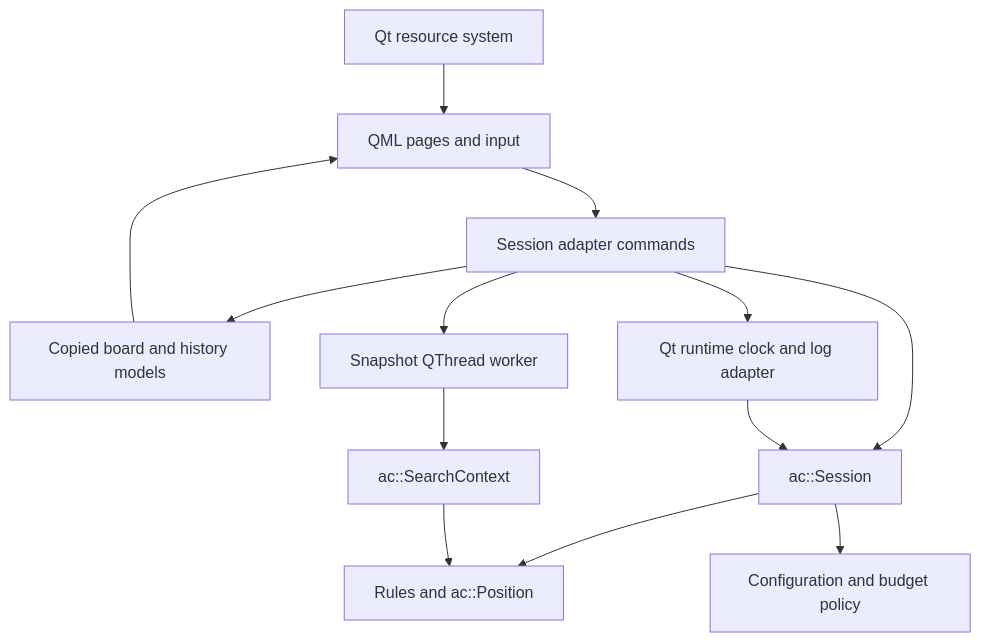
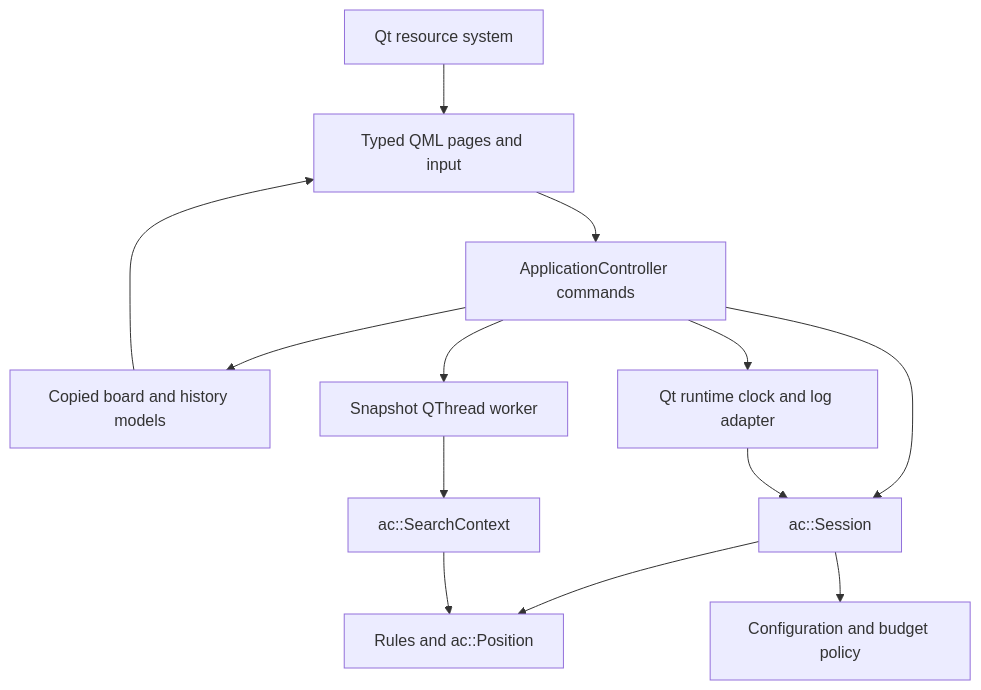
The first of 2 diagrams in docs/architecture/software-specification.md (Yide-Milo-Li/AnteaterChess-Reborn), drawn with Mermaid before and after one commit. The commit also changed other lines of this file and 38 other files, not shown here.

````diff
--- a/docs/architecture/software-specification.md
+++ b/docs/architecture/software-specification.md
@@ -7,15 +7,15 @@
 ```mermaid
 flowchart TD
-    QML[QML pages and input] --> Adapter[Session adapter commands]
+    QML[Typed QML pages and input] --> Adapter[ApplicationController commands]
     Adapter --> Session[ac::Session]
     Adapter --> Models[Copied board and history models]
     Models --> QML
     Adapter --> Task[Snapshot QThread worker]
     Task --> AI[ac::SearchContext]
     Session --> Rules[Rules and ac::Position]
     AI --> Rules
     Session --> Budget[Configuration and budget policy]
     Adapter --> Platform[Qt runtime clock and log adapter]
     Platform --> Session
     Resources[Qt resource system] --> QML
 ```
````
